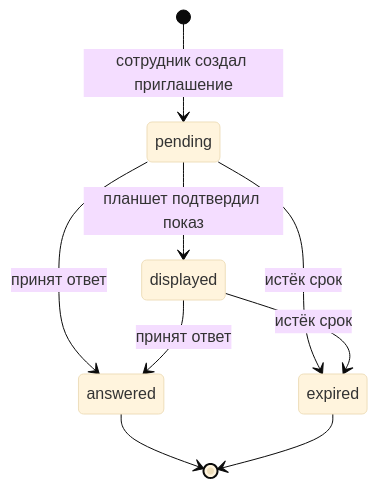
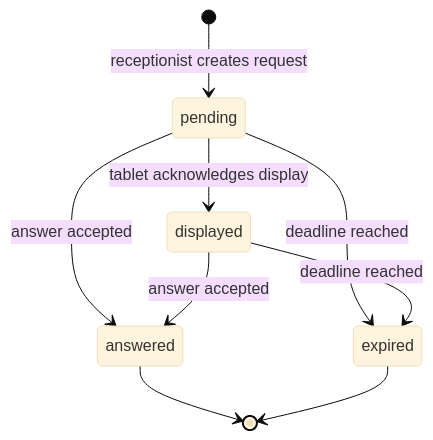
Before and after one commit to KirCurs/DonRating: the second of 2 diagrams in docs/architecture.md, drawn with Mermaid (base theme). The commit also changed other lines of this file and 5 other files, not shown here.

````diff
--- a/docs/architecture.md
+++ b/docs/architecture.md
@@ -41,11 +42,11 @@
 ```mermaid
 stateDiagram-v2
-    [*] --> pending: сотрудник создал приглашение
-    pending --> displayed: планшет подтвердил показ
-    pending --> answered: принят ответ
-    displayed --> answered: принят ответ
-    pending --> expired: истёк срок
-    displayed --> expired: истёк срок
+    [*] --> pending: receptionist creates request
+    pending --> displayed: tablet acknowledges display
+    pending --> answered: answer accepted
+    displayed --> answered: answer accepted
+    pending --> expired: deadline reached
+    displayed --> expired: deadline reached
     answered --> [*]
     expired --> [*]
 ```
````
